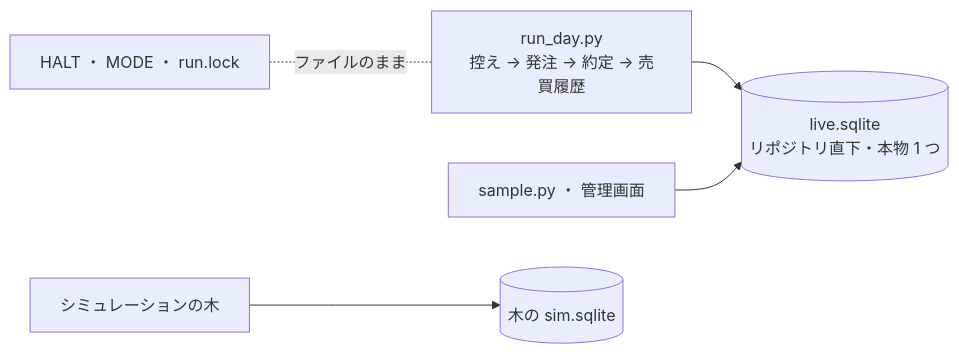
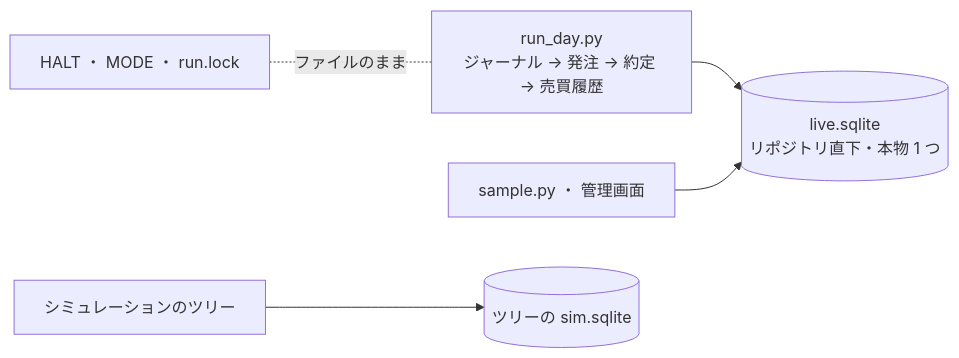
Before and after one commit to akiraak/ai-income-lab: diagram 11 of 21 in docs/specs/experiments/live-trading.md, drawn with Mermaid. The commit also changed other lines of this file and 45 other files, not shown here.

````diff
--- a/docs/specs/experiments/live-trading.md
+++ b/docs/specs/experiments/live-trading.md
@@ -931,7 +931,7 @@
 ```mermaid
 flowchart LR
-  E["run_day.py<br/>控え → 発注 → 約定 → 売買履歴"] --> L[("live.sqlite<br/>リポジトリ直下・本物 1 つ")]
+  E["run_day.py<br/>ジャーナル → 発注 → 約定 → 売買履歴"] --> L[("live.sqlite<br/>リポジトリ直下・本物 1 つ")]
   S["sample.py ・ 管理画面"] --> L
-  X["シミュレーションの木"] --> SS[("木の sim.sqlite")]
+  X["シミュレーションのツリー"] --> SS[("ツリーの sim.sqlite")]
   H["HALT ・ MODE ・ run.lock"] -. "ファイルのまま" .- E
 ```
````
